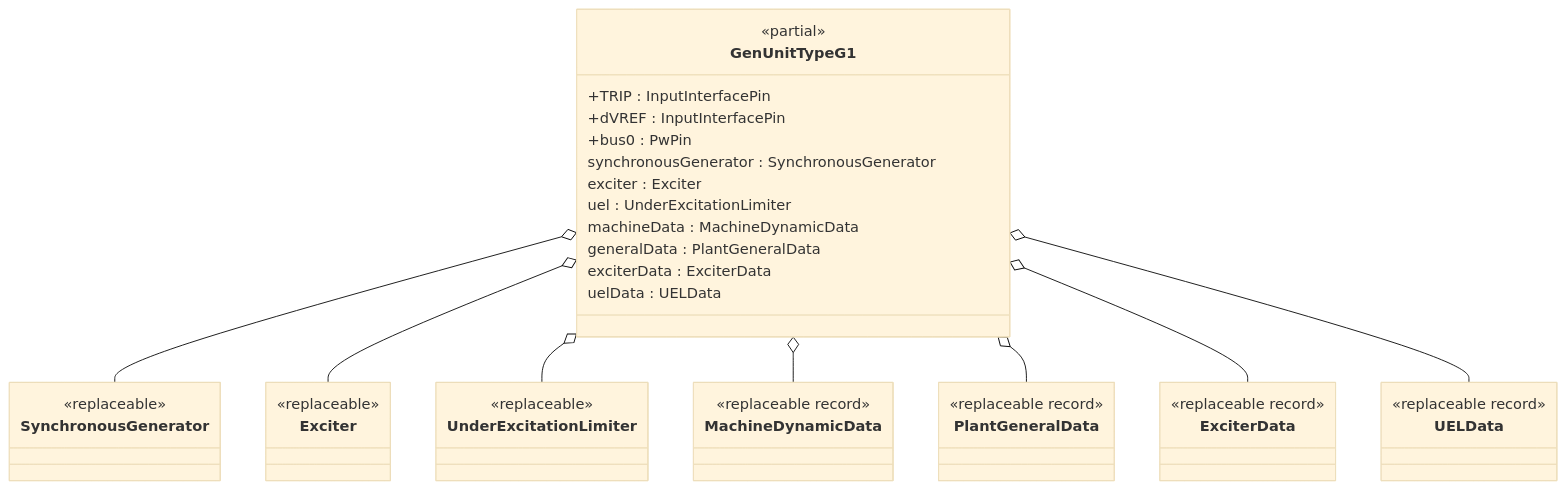
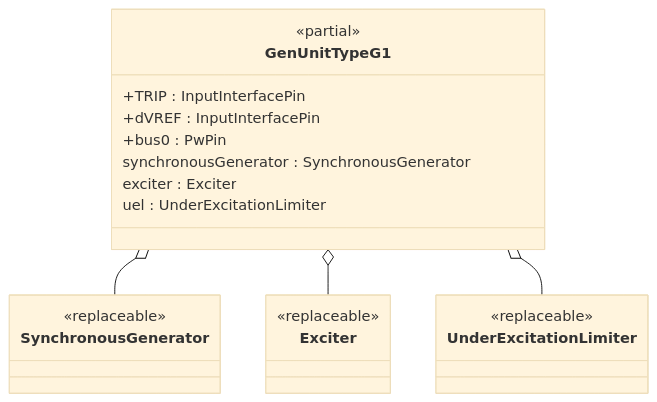
The first of 2 diagrams in modelica/OpalRT/docs/TypeG.md (Opal-RT-Technologies/ephasorsim-modelica-library), drawn with Mermaid (base theme) before and after one commit. The commit also changed other lines of this file and 56 other files, not shown here.

````diff
--- a/modelica/OpalRT/docs/TypeG.md
+++ b/modelica/OpalRT/docs/TypeG.md
@@ -40,31 +39,19 @@
 ```mermaid
 classDiagram
 class GenUnitTypeG1 {
   <<partial>>
   +TRIP : InputInterfacePin
   +dVREF : InputInterfacePin
   +bus0 : PwPin
   synchronousGenerator : SynchronousGenerator
   exciter : Exciter
   uel : UnderExcitationLimiter
-  machineData : MachineDynamicData
-  generalData : PlantGeneralData
-  exciterData : ExciterData
-  uelData : UELData
 }
 class SynchronousGenerator { <<replaceable>> }
 class Exciter { <<replaceable>> }
 class UnderExcitationLimiter { <<replaceable>> }
-class MachineDynamicData { <<replaceable record>> }
-class PlantGeneralData { <<replaceable record>> }
-class ExciterData { <<replaceable record>> }
-class UELData { <<replaceable record>> }
 
 GenUnitTypeG1 o-- SynchronousGenerator
 GenUnitTypeG1 o-- Exciter
 GenUnitTypeG1 o-- UnderExcitationLimiter
-GenUnitTypeG1 o-- MachineDynamicData
-GenUnitTypeG1 o-- PlantGeneralData
-GenUnitTypeG1 o-- ExciterData
-GenUnitTypeG1 o-- UELData
 ```
````
